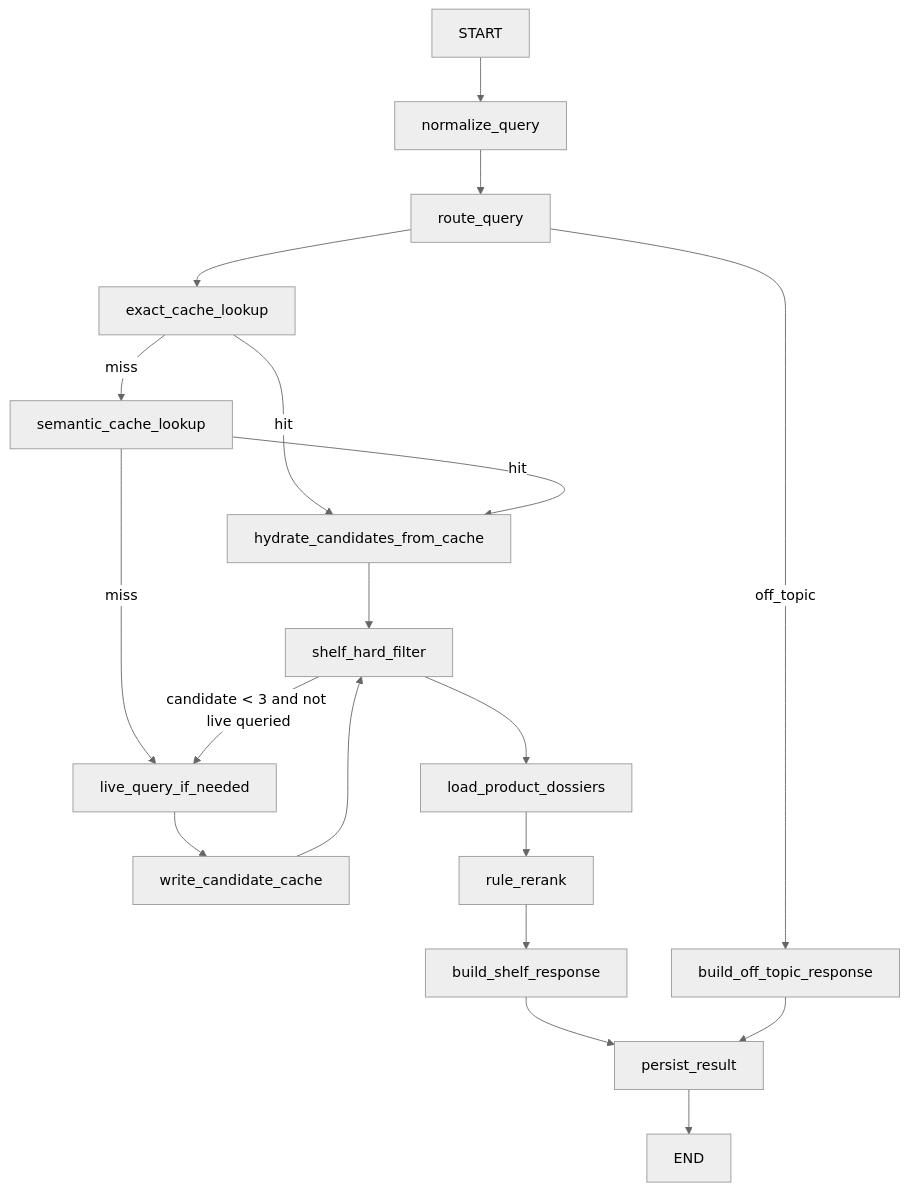
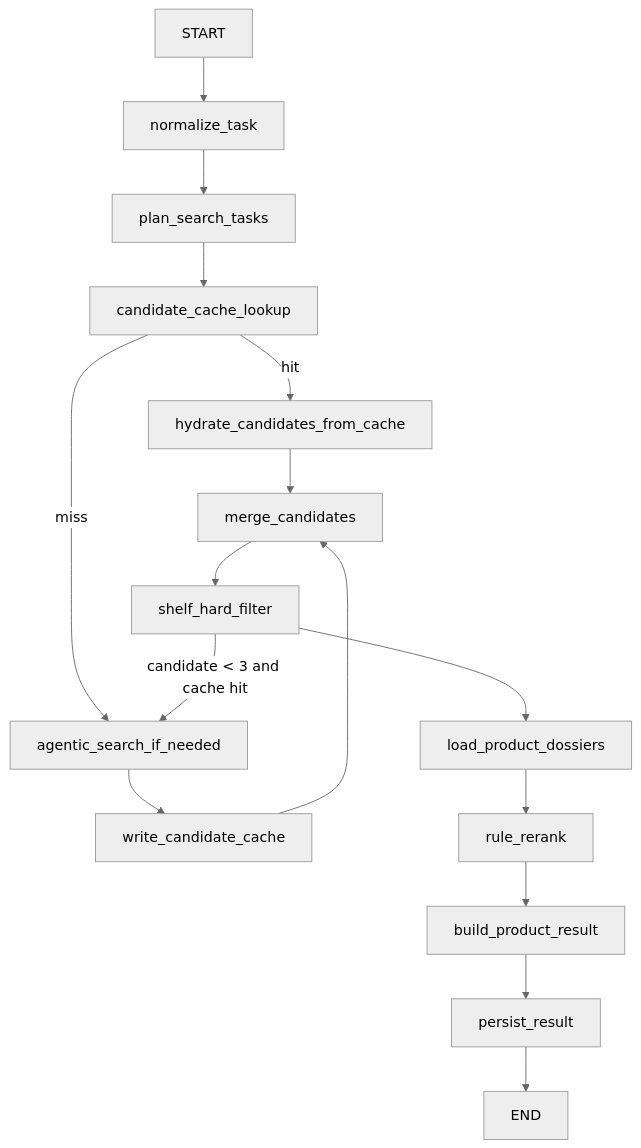
The second of 3 diagrams in content/program/llm/保险商品搜索 Agent 工程架构：从自然语言需求到可交互货架.md (istarwyh/xiaohui), drawn with Mermaid (neutral theme) before and after one commit. The commit also changed other lines of this file, not shown here.

````diff
--- a/content/program/llm/保险商品搜索 Agent 工程架构：从自然语言需求到可交互货架.md
+++ b/content/program/llm/保险商品搜索 Agent 工程架构：从自然语言需求到可交互货架.md
@@ -335,21 +451,18 @@
 ```mermaid
 flowchart TD
-    A[START] --> B[normalize_query]
-    B --> C[route_query]
-    C -->|off_topic| Z[build_off_topic_response]
-    C --> D[exact_cache_lookup]
+    A[START] --> B[normalize_task]
+    B --> C[plan_search_tasks]
+    C --> D[candidate_cache_lookup]
     D -->|hit| G[hydrate_candidates_from_cache]
-    D -->|miss| E[semantic_cache_lookup]
-    E -->|hit| G
-    E -->|miss| F[live_query_if_needed]
-    F --> H[write_candidate_cache]
-    G --> I[shelf_hard_filter]
-    H --> I
-    I -->|candidate < 3 and not live queried| F
+    D -->|miss| E[agentic_search_if_needed]
+    E --> F[write_candidate_cache]
+    G --> H[merge_candidates]
+    F --> H
+    H --> I[shelf_hard_filter]
+    I -->|candidate < 3 and cache hit| E
     I --> J[load_product_dossiers]
     J --> K[rule_rerank]
-    K --> L[build_shelf_response]
+    K --> L[build_product_result]
     L --> M[persist_result]
     M --> N[END]
-    Z --> M
 ```
````
